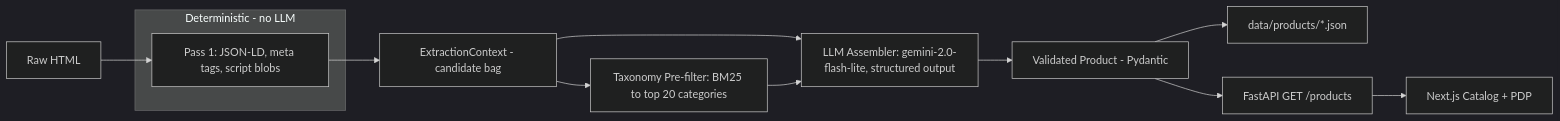
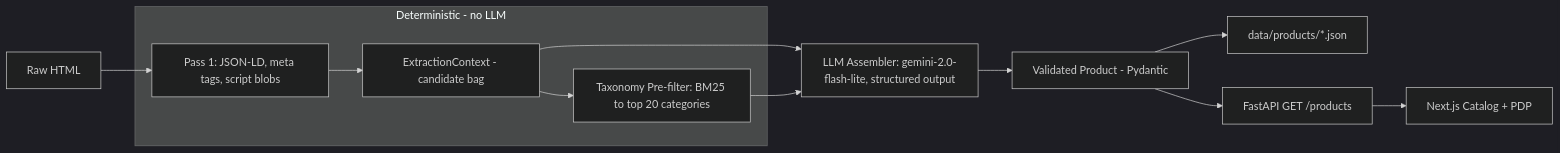
Before and after one commit to ryancocuzzo/take-home-2026: the diagram in README.md, drawn with Mermaid (dark theme).

````diff
--- a/README.md
+++ b/README.md
@@ -28,21 +28,22 @@
 ```mermaid
 flowchart LR
     HTML["Raw HTML"] --> Pass1
 
     subgraph extract ["Deterministic - no LLM"]
         Pass1["Pass 1: JSON-LD, meta tags, script blobs"]
+
+        Pass1 --> Context["ExtractionContext - candidate bag"]
+
+        Context --> BM25["Taxonomy Pre-filter: BM25 to top 20 categories"]
     end
 
-    Pass1 --> Context["ExtractionContext - candidate bag"]
-
-    Context --> BM25["Taxonomy Pre-filter: BM25 to top 20 categories"]
     Context --> Assembler
 
     BM25 --> Assembler["LLM Assembler: gemini-2.0-flash-lite, structured output"]
 
     Assembler --> Product["Validated Product - Pydantic"]
 
     Product --> JSON["data/products/*.json"]
     Product --> API["FastAPI GET /products"]
     API --> UI["Next.js Catalog + PDP"]
 ```
````
